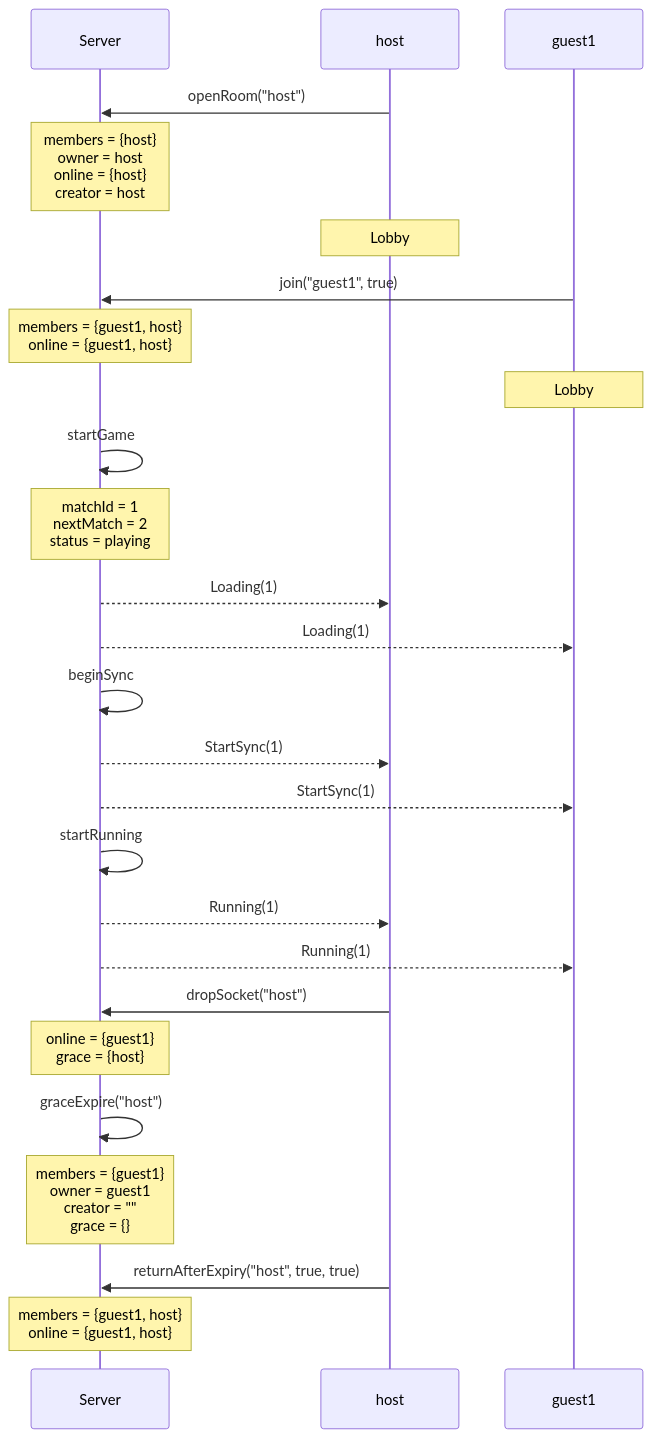
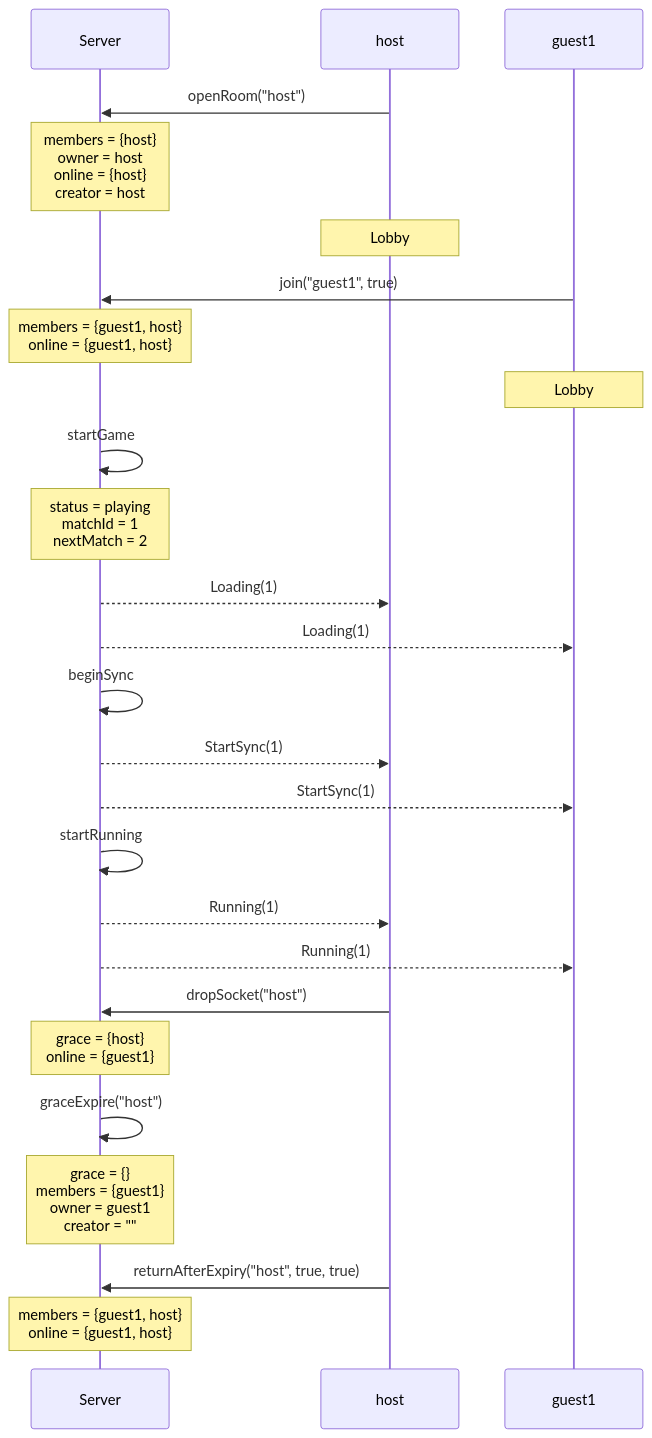
One commit to kwilson21/kaillera-next changed the fourth of 11 diagrams in docs/spec-traces.md. Above: the diagram before and after it, drawn with Mermaid. The commit also changed other lines of this file, not shown here.

````diff
--- a/docs/spec-traces.md
+++ b/docs/spec-traces.md
@@ -107,28 +107,28 @@
 ```mermaid
 sequenceDiagram
   participant Server
   participant host
   participant guest1
   host->>Server: openRoom("host")
   Note over Server: members = {host}<br/>owner = host<br/>online = {host}<br/>creator = host
   Note over host: Lobby
   guest1->>Server: join("guest1", true)
   Note over Server: members = {guest1, host}<br/>online = {guest1, host}
   Note over guest1: Lobby
   Server->>Server: startGame
-  Note over Server: matchId = 1<br/>nextMatch = 2<br/>status = playing
+  Note over Server: status = playing<br/>matchId = 1<br/>nextMatch = 2
   Server-->>host: Loading(1)
   Server-->>guest1: Loading(1)
   Server->>Server: beginSync
   Server-->>host: StartSync(1)
   Server-->>guest1: StartSync(1)
   Server->>Server: startRunning
   Server-->>host: Running(1)
   Server-->>guest1: Running(1)
   host->>Server: dropSocket("host")
-  Note over Server: online = {guest1}<br/>grace = {host}
+  Note over Server: grace = {host}<br/>online = {guest1}
   Server->>Server: graceExpire("host")
-  Note over Server: members = {guest1}<br/>owner = guest1<br/>creator = ""<br/>grace = {}
+  Note over Server: grace = {}<br/>members = {guest1}<br/>owner = guest1<br/>creator = ""
   host->>Server: returnAfterExpiry("host", true, true)
   Note over Server: members = {guest1, host}<br/>online = {guest1, host}
 ```
````
